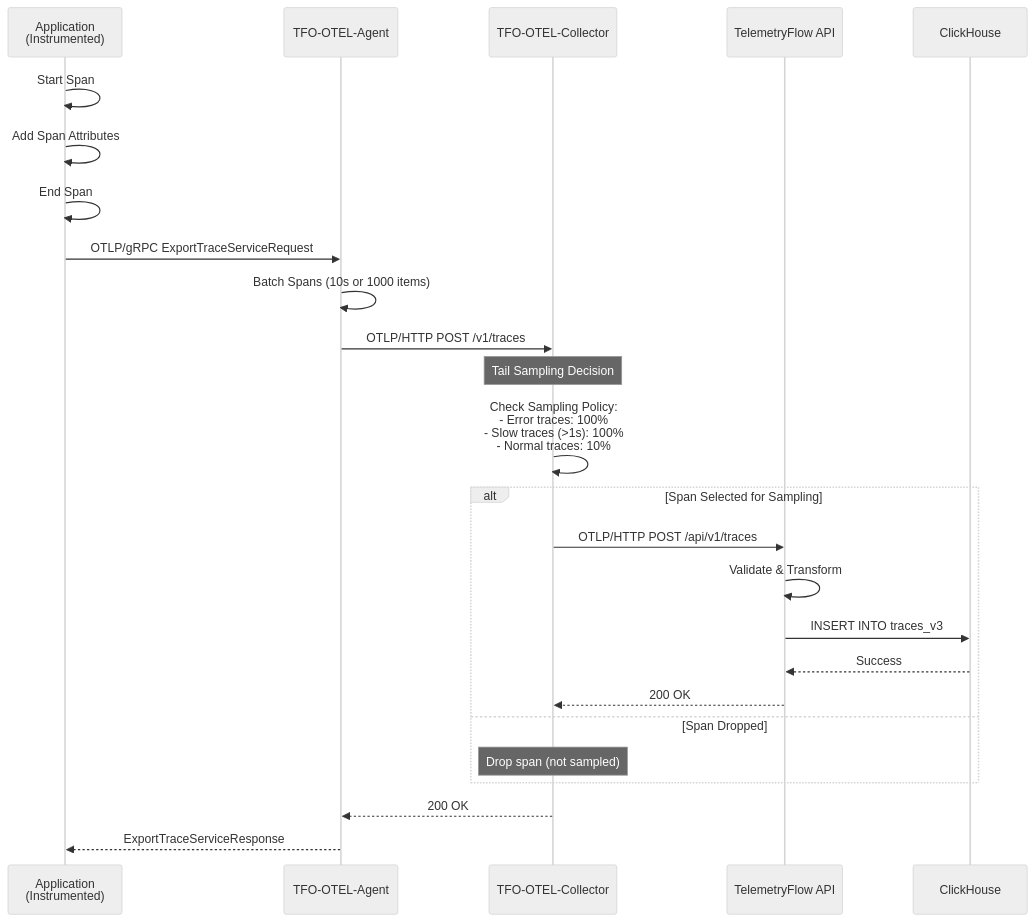
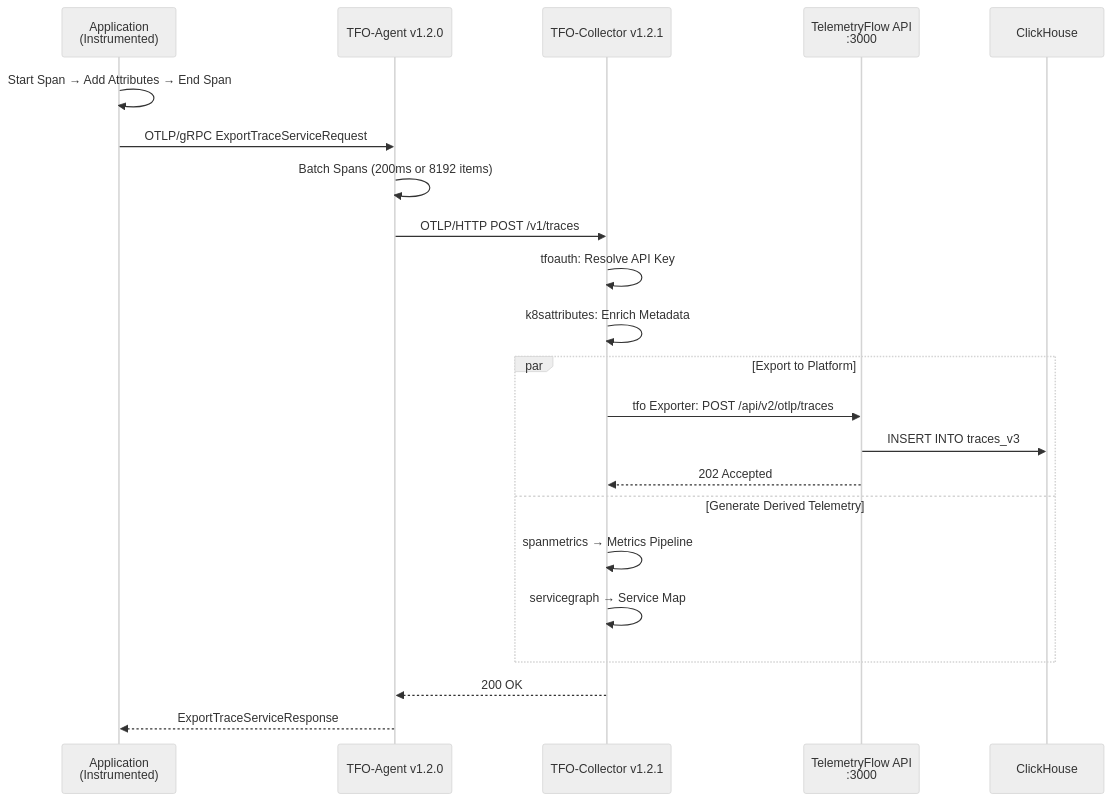
One commit to telemetryflow/telemetryflow-overview changed the sixth of 12 diagrams in tfo-otel/ARCHITECTURE.md. Above: the diagram before and after it, drawn with Mermaid (neutral theme). The commit also changed other lines of this file and 68 other files, not shown here.

Commit message:
feat: TFO Overview Update, TFO Platform v1.4.0

````diff
--- a/tfo-otel/ARCHITECTURE.md
+++ b/tfo-otel/ARCHITECTURE.md
@@ -298,32 +276,28 @@
 ```mermaid
 sequenceDiagram
     participant App as Application<br/>(Instrumented)
-    participant Agent as TFO-OTEL-Agent
-    participant Collector as TFO-OTEL-Collector
-    participant TFO as TelemetryFlow API
+    participant Agent as TFO-Agent v1.2.0
+    participant Collector as TFO-Collector v1.2.1
+    participant TFO as TelemetryFlow API<br/>:3000
     participant CH as ClickHouse
 
-    App->>App: Start Span
-    App->>App: Add Span Attributes
-    App->>App: End Span
-
+    App->>App: Start Span → Add Attributes → End Span
     App->>Agent: OTLP/gRPC ExportTraceServiceRequest
-    Agent->>Agent: Batch Spans (10s or 1000 items)
+    Agent->>Agent: Batch Spans (200ms or 8192 items)
 
     Agent->>Collector: OTLP/HTTP POST /v1/traces
-    Note over Collector: Tail Sampling Decision
-    Collector->>Collector: Check Sampling Policy:<br/>- Error traces: 100%<br/>- Slow traces (>1s): 100%<br/>- Normal traces: 10%
+    Collector->>Collector: tfoauth: Resolve API Key
+    Collector->>Collector: k8sattributes: Enrich Metadata
 
-    alt Span Selected for Sampling
-        Collector->>TFO: OTLP/HTTP POST /api/v1/traces
-        TFO->>TFO: Validate & Transform
+    par Export to Platform
+        Collector->>TFO: tfo Exporter: POST /api/v2/otlp/traces
         TFO->>CH: INSERT INTO traces_v3
-        CH-->>TFO: Success
-        TFO-->>Collector: 200 OK
-    else Span Dropped
-        Note over Collector: Drop span (not sampled)
+        TFO-->>Collector: 202 Accepted
+    and Generate Derived Telemetry
+        Collector->>Collector: spanmetrics → Metrics Pipeline
+        Collector->>Collector: servicegraph → Service Map
     end
 
     Collector-->>Agent: 200 OK
     Agent-->>App: ExportTraceServiceResponse
 ```
````
